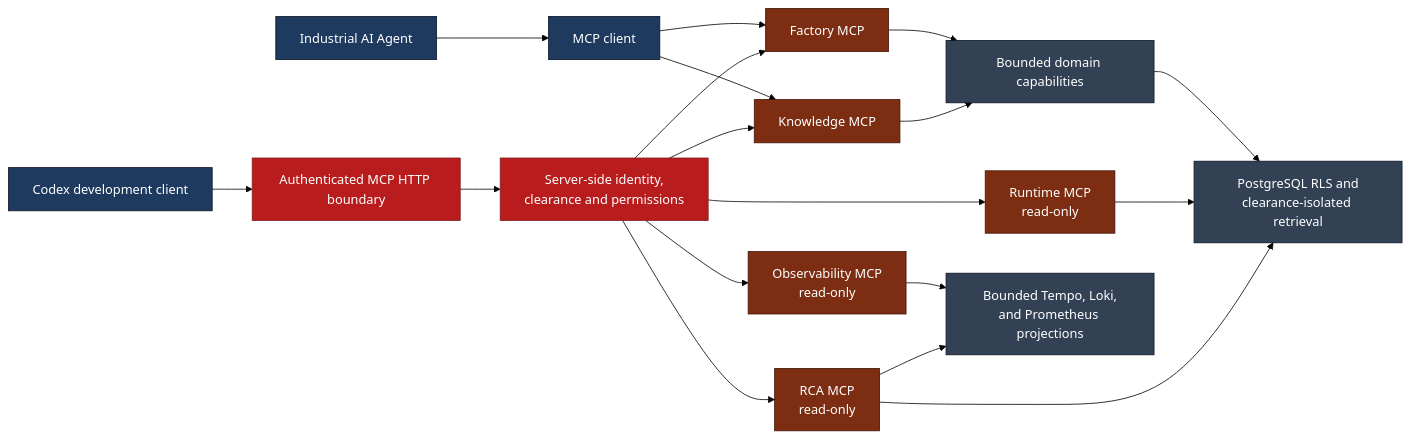
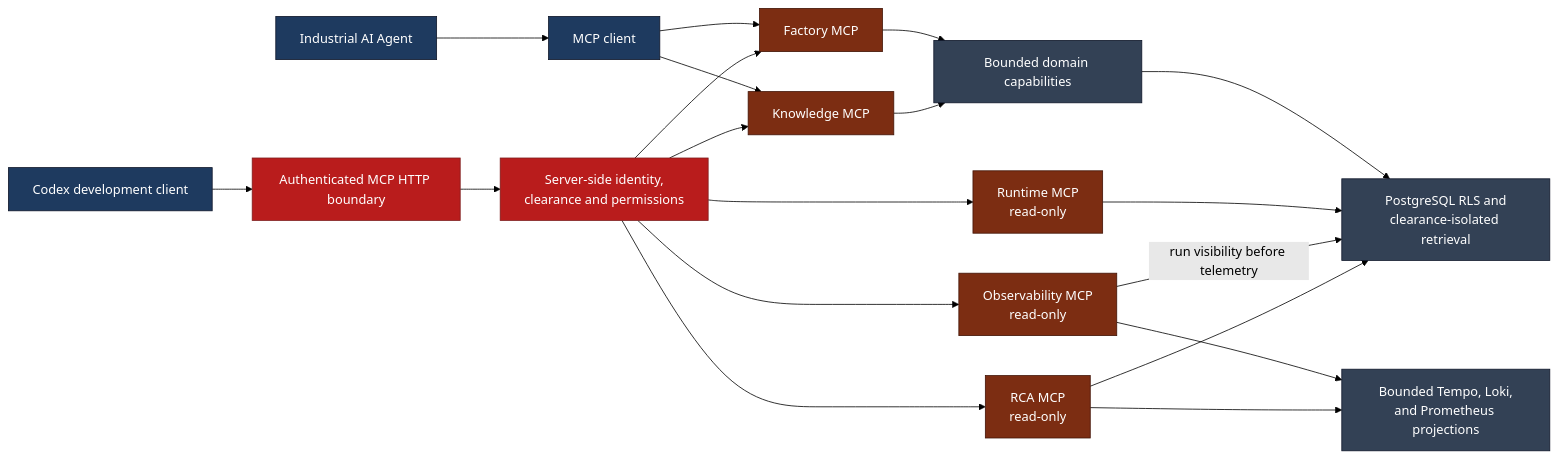
One commit to aboerzel/industrial-ai-agent changed the fifth of 21 diagrams in docs/architecture/overview.md. Above: the diagram before and after it, drawn with Mermaid (forest theme). The commit also changed other lines of this file and 14 other files, not shown here.

Commit message:
fix: enforce run visibility for observability

````diff
--- a/docs/architecture/overview.md
+++ b/docs/architecture/overview.md
@@ -386,29 +395,30 @@
 ```mermaid
 flowchart LR
     Agent["Industrial AI Agent"] --> Client["MCP client"]
     Codex["Codex development client"] --> HTTP["Authenticated MCP HTTP boundary"]
     Client --> Factory["Factory MCP"]
     Client --> Knowledge["Knowledge MCP"]
     HTTP --> Resolver["Server-side identity,<br/>clearance and permissions"]
     Resolver --> Factory
     Resolver --> Knowledge
     Resolver --> Runtime["Runtime MCP<br/>read-only"]
     Resolver --> Observe["Observability MCP<br/>read-only"]
     Resolver --> RCA["RCA MCP<br/>read-only"]
     Factory --> Capabilities["Bounded domain capabilities"]
     Knowledge --> Capabilities
     Capabilities --> RLS["PostgreSQL RLS and<br/>clearance-isolated retrieval"]
     Runtime --> RLS
+    Observe -->|run visibility before telemetry| RLS
     RCA --> RLS
     Observe --> Evidence["Bounded Tempo, Loki,<br/>and Prometheus projections"]
     RCA --> Evidence
 
     classDef client fill:#1e3a5f,stroke:#0f172a,color:#ffffff
     classDef mcp fill:#7c2d12,stroke:#431407,color:#ffffff
     classDef security fill:#b91c1c,stroke:#7f1d1d,color:#ffffff
     classDef data fill:#334155,stroke:#0f172a,color:#ffffff
     class Agent,Codex,Client client
     class Factory,Knowledge,Runtime,Observe,RCA mcp
     class HTTP,Resolver security
     class Capabilities,RLS,Evidence data
 ```
````
